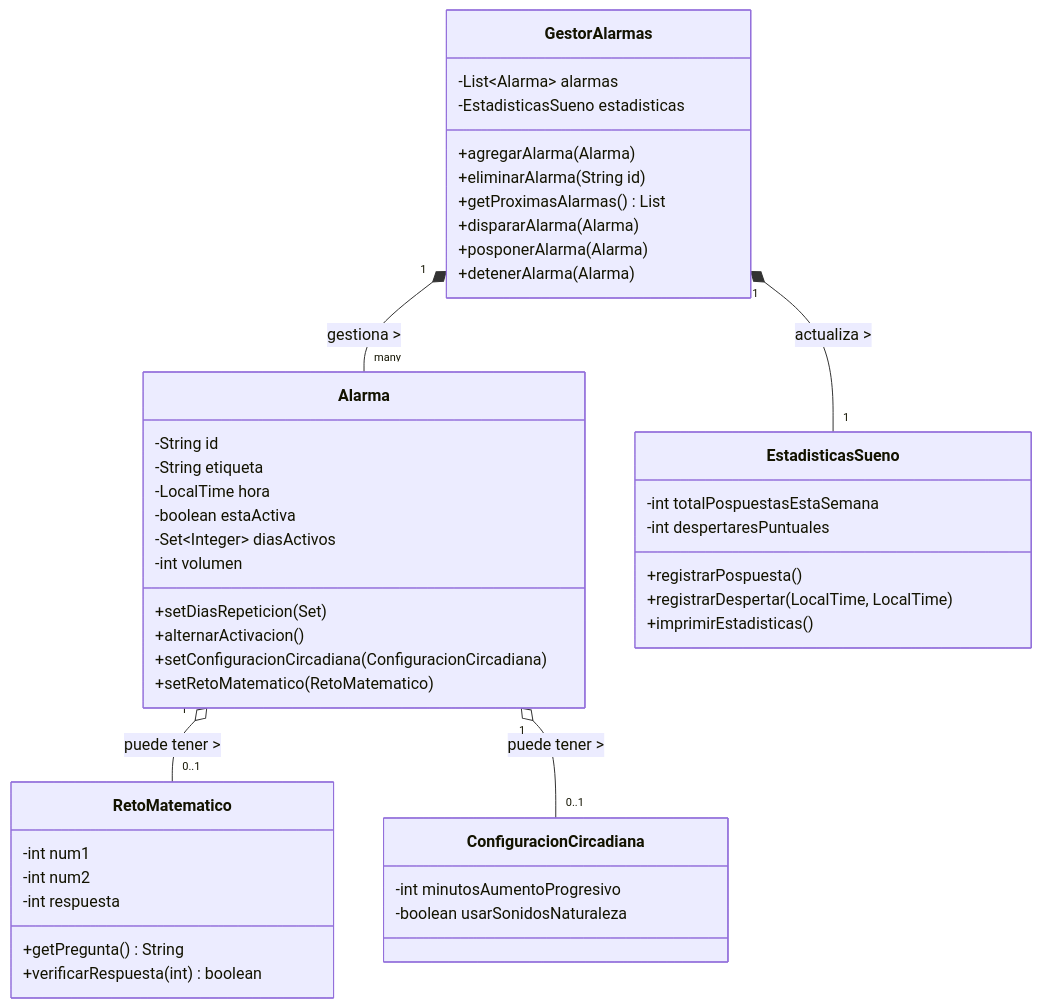
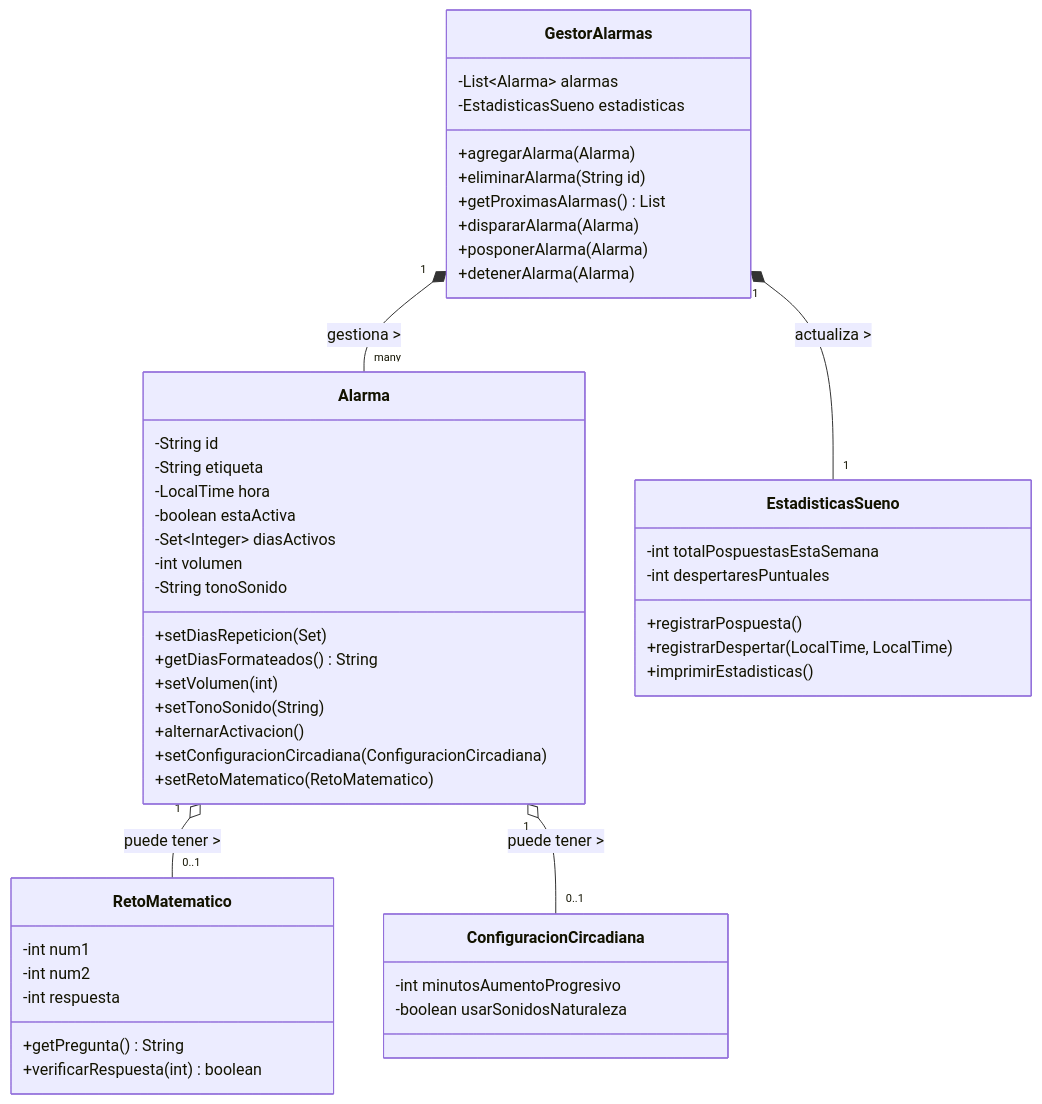
The first of 2 diagrams in README.md (adrianenglish2021-oss/TrabajoFinalEntornos), drawn with Mermaid before and after one commit. The commit also changed other lines of this file and 9 other files, not shown here.

````diff
--- a/README.md
+++ b/README.md
@@ -38,52 +38,56 @@
 ```mermaid
 classDiagram
     class GestorAlarmas {
         -List~Alarma~ alarmas
         -EstadisticasSueno estadisticas
         +agregarAlarma(Alarma)
         +eliminarAlarma(String id)
         +getProximasAlarmas() List
         +dispararAlarma(Alarma)
         +posponerAlarma(Alarma)
         +detenerAlarma(Alarma)
     }
 
     class Alarma {
         -String id
         -String etiqueta
         -LocalTime hora
         -boolean estaActiva
         -Set~Integer~ diasActivos
         -int volumen
+        -String tonoSonido
         +setDiasRepeticion(Set)
+        +getDiasFormateados() String
+        +setVolumen(int)
+        +setTonoSonido(String)
         +alternarActivacion()
         +setConfiguracionCircadiana(ConfiguracionCircadiana)
         +setRetoMatematico(RetoMatematico)
     }
 
     class EstadisticasSueno {
         -int totalPospuestasEstaSemana
         -int despertaresPuntuales
         +registrarPospuesta()
         +registrarDespertar(LocalTime, LocalTime)
         +imprimirEstadisticas()
     }
 
     class RetoMatematico {
         -int num1
         -int num2
         -int respuesta
         +getPregunta() String
         +verificarRespuesta(int) boolean
     }
 
     class ConfiguracionCircadiana {
         -int minutosAumentoProgresivo
         -boolean usarSonidosNaturaleza
     }
 
     GestorAlarmas "1" *-- "many" Alarma : gestiona >
     GestorAlarmas "1" *-- "1" EstadisticasSueno : actualiza >
     Alarma "1" o-- "0..1" RetoMatematico : puede tener >
     Alarma "1" o-- "0..1" ConfiguracionCircadiana : puede tener >
 ```
````
